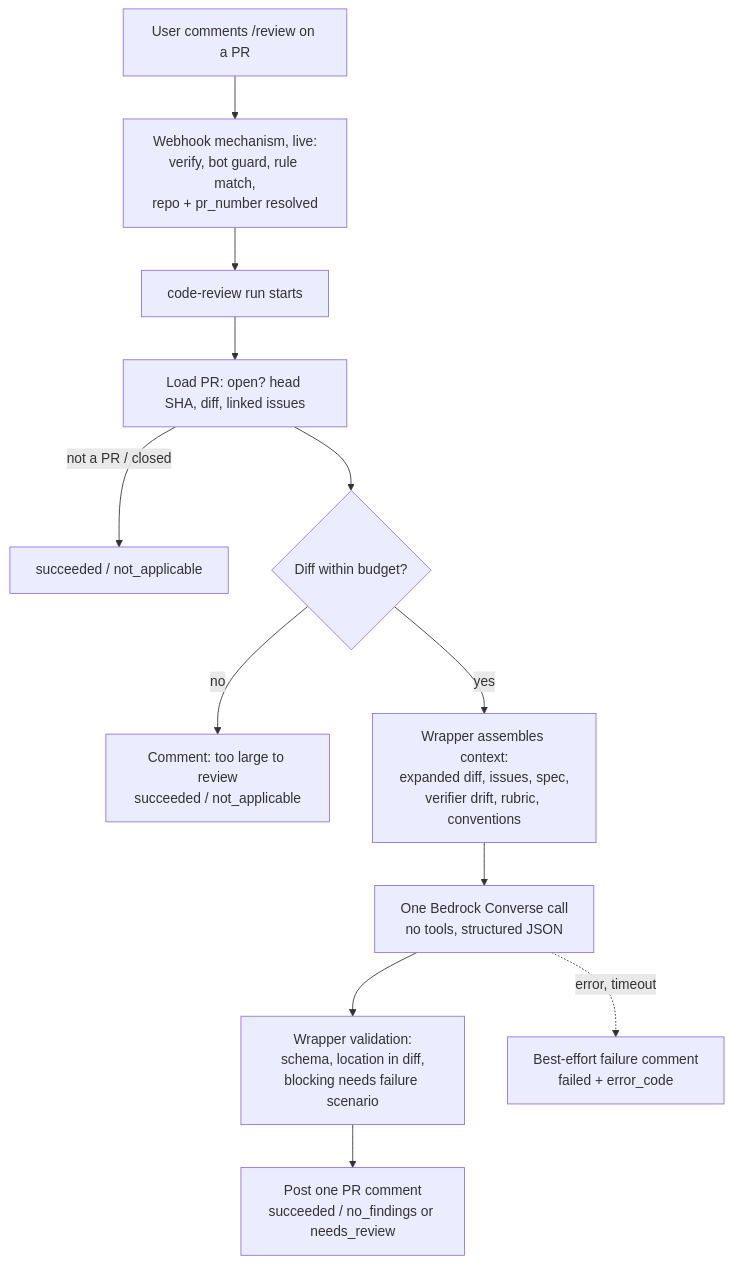
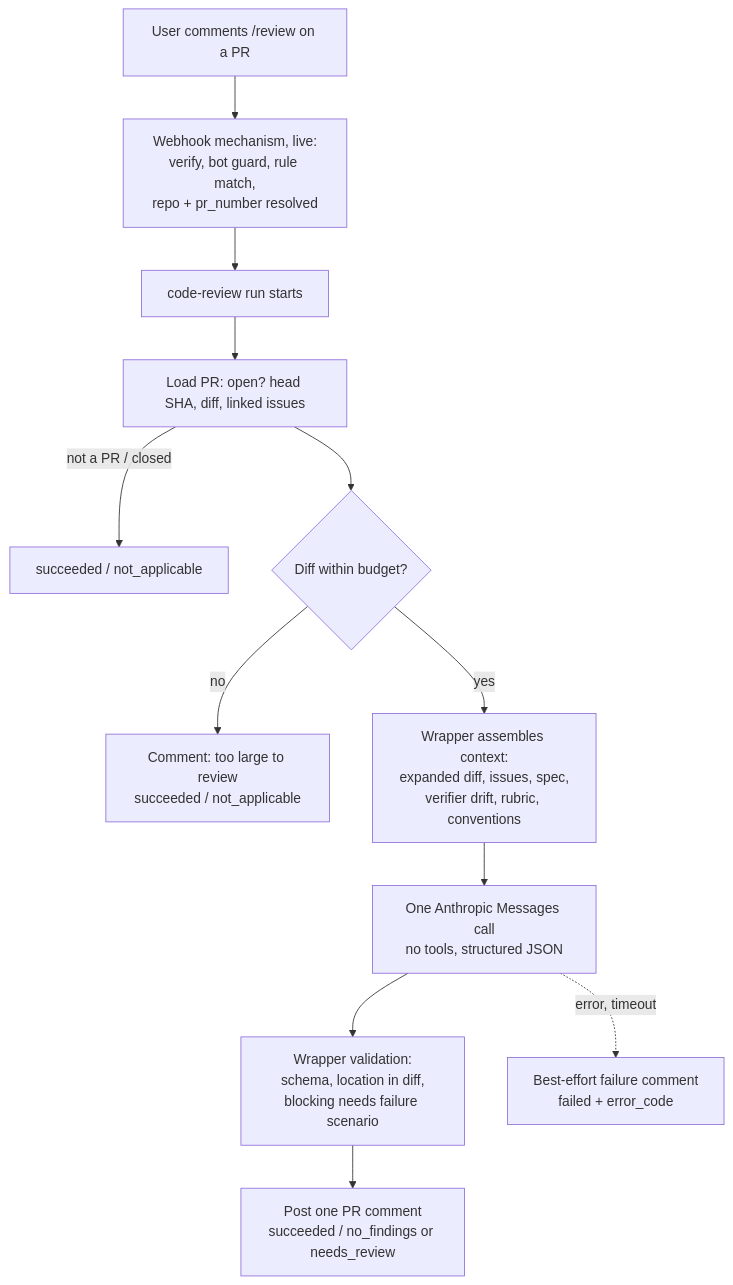
The first of 2 diagrams in docs/requirements/prd-code-review-agent.md (llipe/dev-tasks-agent-fleet), drawn with Mermaid before and after one commit. The commit also changed other lines of this file and 9 other files, not shown here.

````diff
--- a/docs/requirements/prd-code-review-agent.md
+++ b/docs/requirements/prd-code-review-agent.md
@@ -36,14 +37,14 @@
 ```mermaid
 flowchart TD
     U[User comments /review on a PR] --> WH[Webhook mechanism, live:<br/>verify, bot guard, rule match,<br/>repo + pr_number resolved]
     WH --> A[code-review run starts]
     A --> B[Load PR: open? head SHA, diff, linked issues]
     B -- not a PR / closed --> N1[succeeded / not_applicable]
     B --> C{Diff within budget?}
     C -- no --> N2[Comment: too large to review<br/>succeeded / not_applicable]
     C -- yes --> D[Wrapper assembles context:<br/>expanded diff, issues, spec,<br/>verifier drift, rubric, conventions]
-    D --> E[One Bedrock Converse call<br/>no tools, structured JSON]
+    D --> E[One Anthropic Messages call<br/>no tools, structured JSON]
     E --> F[Wrapper validation:<br/>schema, location in diff,<br/>blocking needs failure scenario]
     F --> G[Post one PR comment<br/>succeeded / no_findings or needs_review]
     E -. error, timeout .-> X[Best-effort failure comment<br/>failed + error_code]
 ```
````
